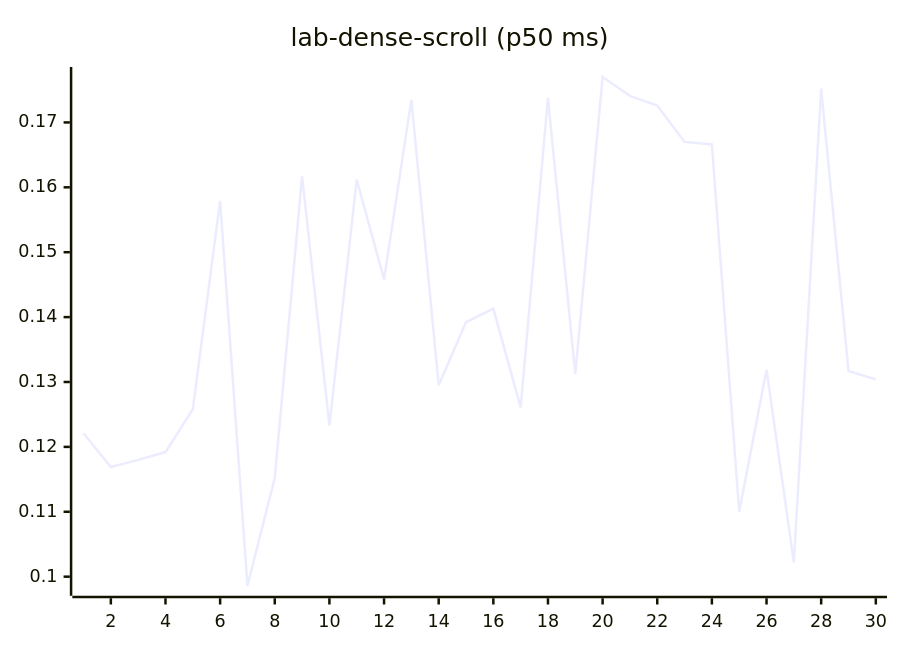
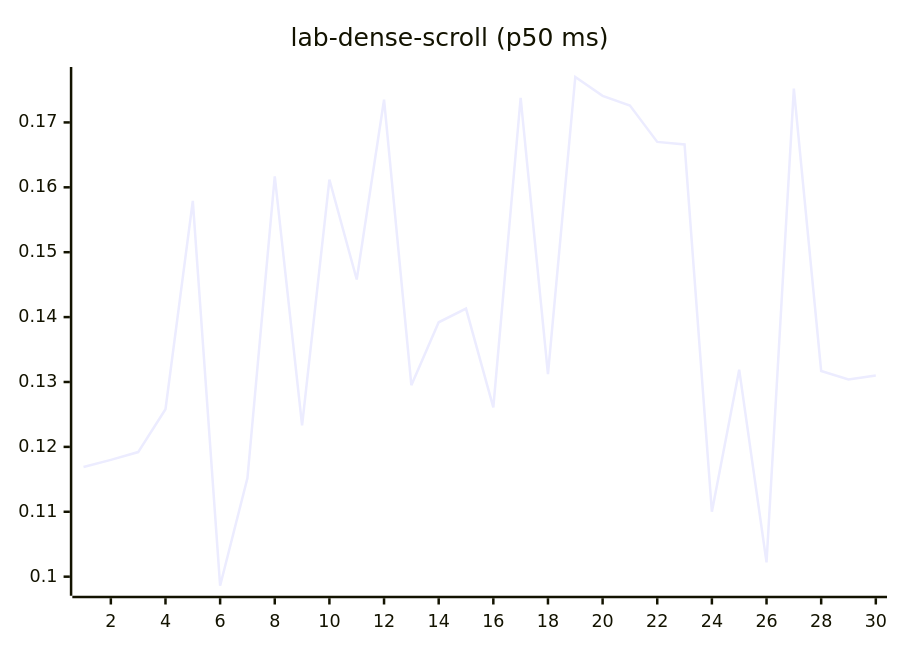
One commit to josha/Facet changed diagram 12 of 27 in README.md. Above: the diagram before and after it, drawn with Mermaid. The commit also changed other lines of this file and 2 other files, not shown here.

````diff
--- a/README.md
+++ b/README.md
@@ -140,6 +140,6 @@
 ```mermaid
 xychart-beta
     title "lab-dense-scroll (p50 ms)"
     x-axis 1 --> 30
-    line [0.1221, 0.1169, 0.1180, 0.1192, 0.1258, 0.1579, 0.0986, 0.1152, 0.1617, 0.1233, 0.1612, 0.1458, 0.1735, 0.1295, 0.1392, 0.1413, 0.1261, 0.1738, 0.1312, 0.1770, 0.1741, 0.1726, 0.1670, 0.1666, 0.1100, 0.1319, 0.1022, 0.1752, 0.1317, 0.1304]
+    line [0.1169, 0.1180, 0.1192, 0.1258, 0.1579, 0.0986, 0.1152, 0.1617, 0.1233, 0.1612, 0.1458, 0.1735, 0.1295, 0.1392, 0.1413, 0.1261, 0.1738, 0.1312, 0.1770, 0.1741, 0.1726, 0.1670, 0.1666, 0.1100, 0.1319, 0.1022, 0.1752, 0.1317, 0.1304, 0.1310]
 ```
````
